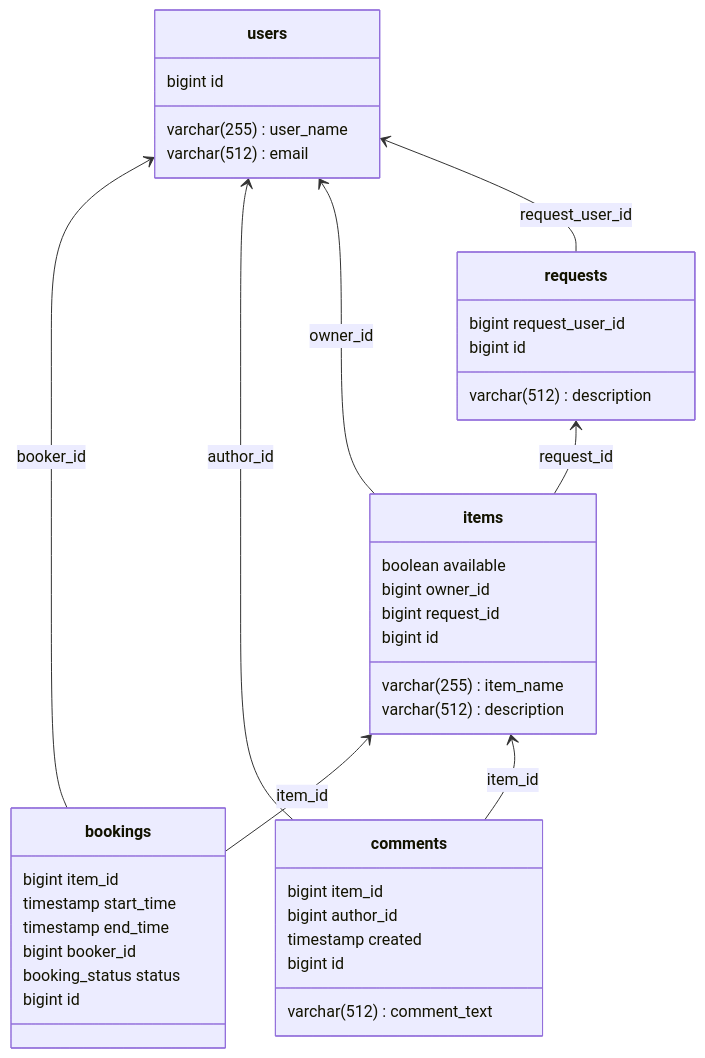
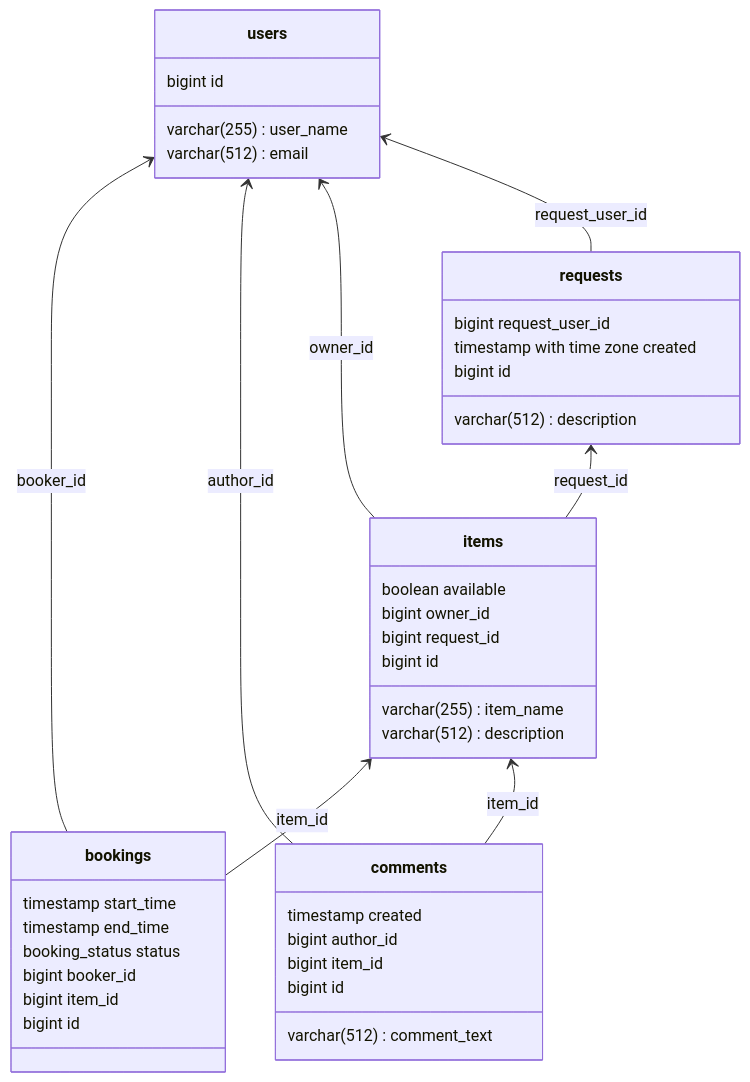
The diagram in README.md (kmmins/java-shareit), drawn with Mermaid before and after one commit. The commit also changed 28 other files, not shown here.

````diff
--- a/README.md
+++ b/README.md
@@ -14,45 +14,46 @@
 ```mermaid
 classDiagram
 direction BT
 class bookings {
-   bigint item_id
    timestamp start_time
    timestamp end_time
+   booking_status status
    bigint booker_id
-   booking_status status
+   bigint item_id
    bigint id
 }
 class comments {
    varchar(512) comment_text
+   timestamp created
+   bigint author_id
    bigint item_id
-   bigint author_id
-   timestamp created
    bigint id
 }
 class items {
    varchar(255) item_name
    varchar(512) description
    boolean available
    bigint owner_id
    bigint request_id
    bigint id
 }
 class requests {
    varchar(512) description
    bigint request_user_id
+   timestamp with time zone created
    bigint id
 }
 class users {
    varchar(255) user_name
    varchar(512) email
    bigint id
 }
 
 bookings  -->  items : item_id
 bookings  -->  users : booker_id
 comments  -->  items : item_id
 comments  -->  users : author_id
 items  -->  requests : request_id
 items  -->  users : owner_id
 requests  -->  users : request_user_id
 ```
````
